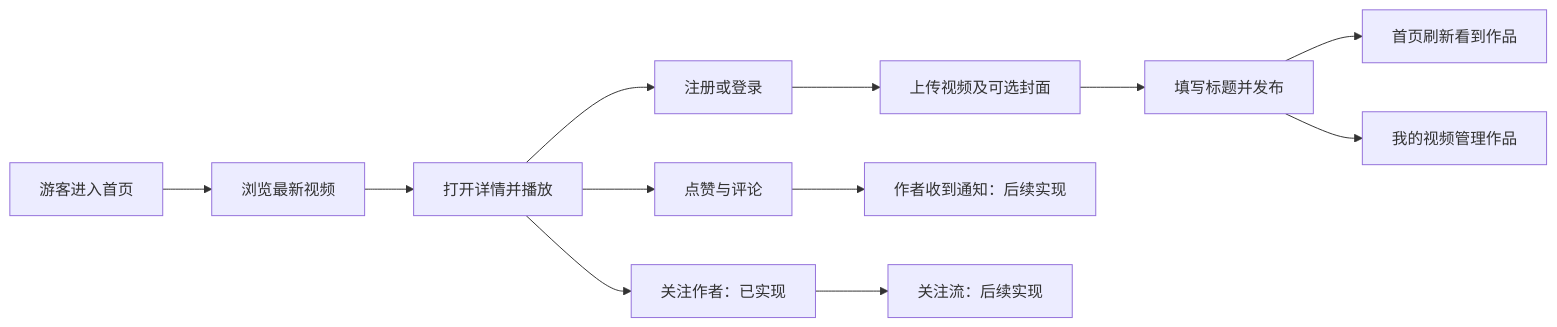
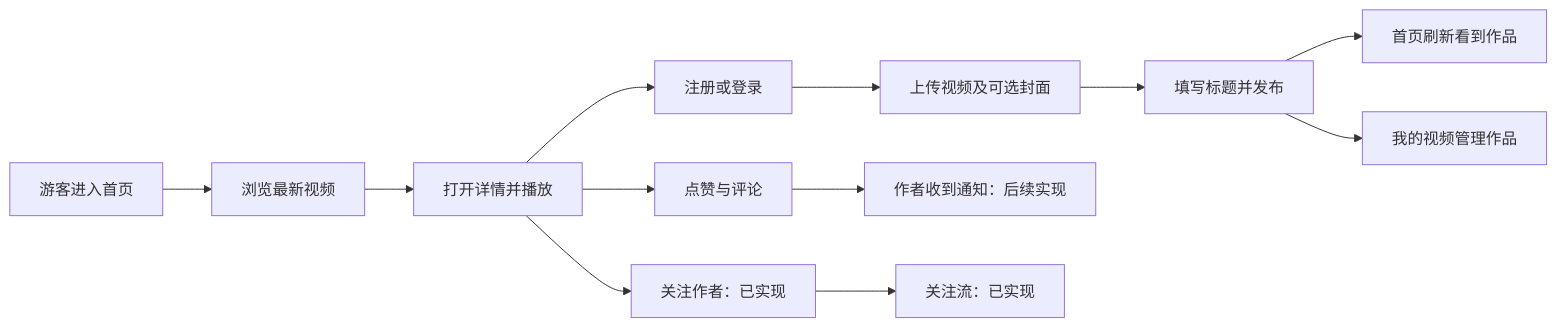
The first of 2 diagrams in docs/learning/00_project_roadmap.md (P3anut3/GoStream), drawn with Mermaid before and after one commit. The commit also changed other lines of this file and 26 other files, not shown here.

````diff
--- a/docs/learning/00_project_roadmap.md
+++ b/docs/learning/00_project_roadmap.md
@@ -17,14 +17,14 @@
 ```mermaid
 flowchart LR
     A[游客进入首页] --> B[浏览最新视频]
     B --> C[打开详情并播放]
     C --> D[注册或登录]
     D --> E[上传视频及可选封面]
     E --> F[填写标题并发布]
     F --> G[首页刷新看到作品]
     F --> H[我的视频管理作品]
     C --> I[点赞与评论]
     I --> J[作者收到通知：后续实现]
     C --> K[关注作者：已实现]
-    K --> L[关注流：后续实现]
+    K --> L[关注流：已实现]
 ```
````
